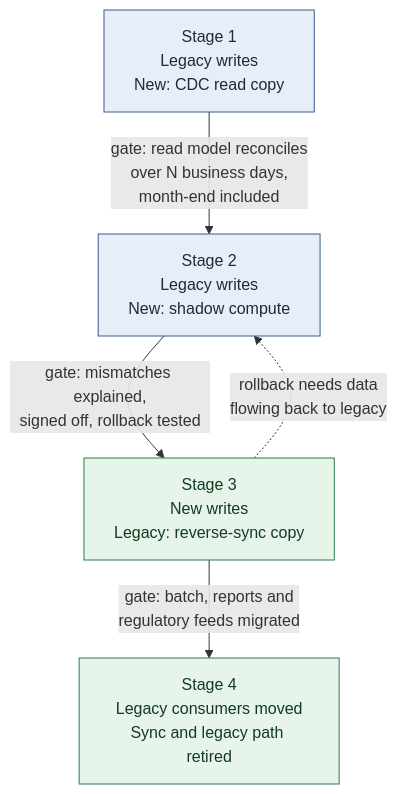
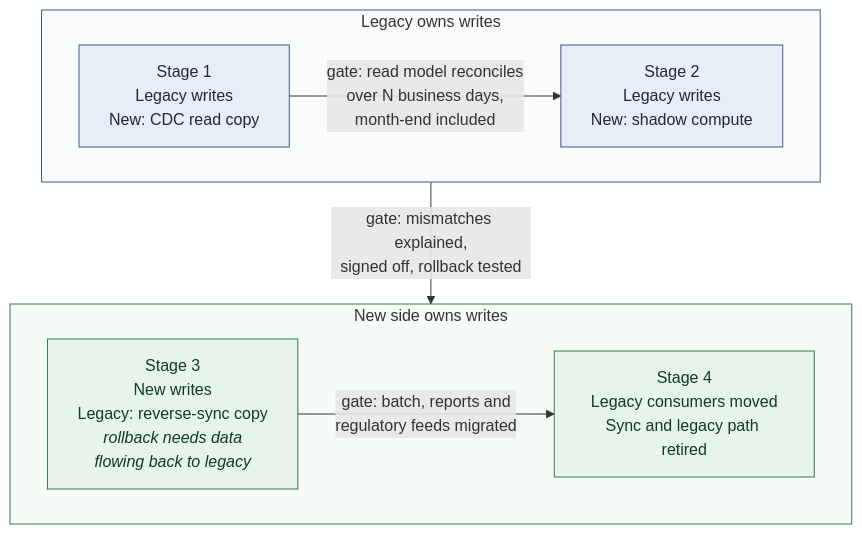
Before and after one commit to wallaceespindola/legacy-modernization-patterns: the diagram in docs/articles/infoq/diagrams/ownership-transfer.mmd, drawn with Mermaid. The commit also changed 20 other files, not shown here.

```diff
--- a/docs/articles/infoq/diagrams/ownership-transfer.mmd
+++ b/docs/articles/infoq/diagrams/ownership-transfer.mmd
@@ -1,13 +1,20 @@
 flowchart TB
-    A["Stage 1<br/>Legacy writes<br/>New: CDC read copy"]
-    B["Stage 2<br/>Legacy writes<br/>New: shadow compute"]
-    C["Stage 3<br/>New writes<br/>Legacy: reverse-sync copy"]
-    D["Stage 4<br/>Legacy consumers moved<br/>Sync and legacy path retired"]
-    A -->|"gate: read model reconciles<br/>over N business days,<br/>month-end included"| B
-    B -->|"gate: mismatches explained,<br/>signed off, rollback tested"| C
-    C -->|"gate: batch, reports and<br/>regulatory feeds migrated"| D
-    C -. "rollback needs data<br/>flowing back to legacy" .-> B
+    subgraph row1["Legacy owns writes"]
+        direction LR
+        A["Stage 1<br/>Legacy writes<br/>New: CDC read copy"]
+        B["Stage 2<br/>Legacy writes<br/>New: shadow compute"]
+        A -->|"gate: read model reconciles<br/>over N business days,<br/>month-end included"| B
+    end
+    subgraph row2["New side owns writes"]
+        direction LR
+        C["Stage 3<br/>New writes<br/>Legacy: reverse-sync copy<br/><i>rollback needs data<br/>flowing back to legacy</i>"]
+        D["Stage 4<br/>Legacy consumers moved<br/>Sync and legacy path retired"]
+        C -->|"gate: batch, reports and<br/>regulatory feeds migrated"| D
+    end
+    row1 -->|"gate: mismatches explained,<br/>signed off, rollback tested"| row2
     classDef legacy fill:#e8eef7,stroke:#3b5b8c,color:#1b2a40
     classDef modern fill:#e6f4ea,stroke:#2e7d4f,color:#123b22
     class A,B legacy
     class C,D modern
+    style row1 fill:#fafbfd,stroke:#3b5b8c
+    style row2 fill:#f7fbf8,stroke:#2e7d4f
```
